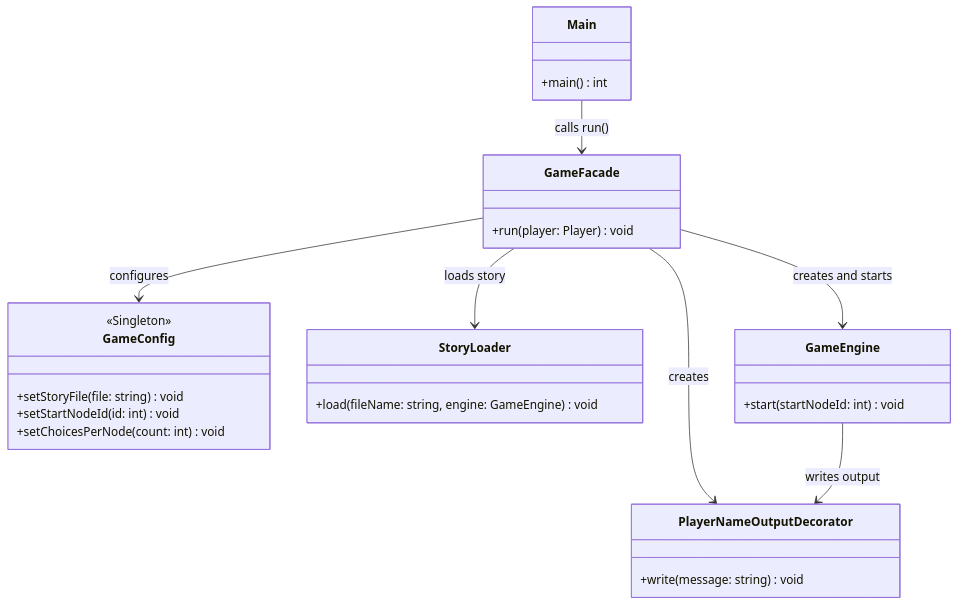
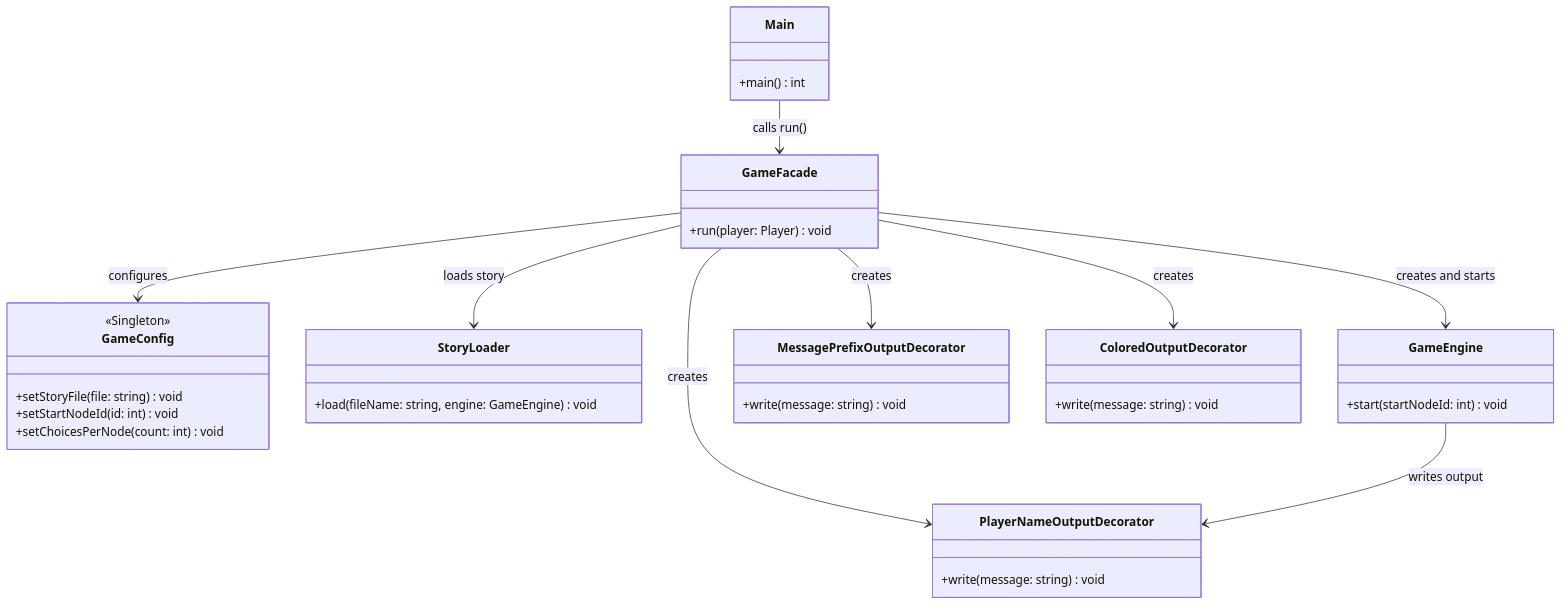
Before and after one commit to ValeriaPostica/TMPS: the fifth of 7 diagrams in lab2/REPORT.md, drawn with Mermaid. The commit also changed other lines of this file and 19 other files, not shown here.

````diff
--- a/lab2/REPORT.md
+++ b/lab2/REPORT.md
@@ -440,36 +534,46 @@
 ```mermaid
 classDiagram
     class Main {
         +main() int
     }
 
     class GameFacade {
         +run(player: Player) void
     }
 
     class GameConfig {
         <<Singleton>>
         +setStoryFile(file: string) void
         +setStartNodeId(id: int) void
         +setChoicesPerNode(count: int) void
     }
 
     class StoryLoader {
         +load(fileName: string, engine: GameEngine) void
     }
 
     class GameEngine {
         +start(startNodeId: int) void
     }
 
     class PlayerNameOutputDecorator {
         +write(message: string) void
     }
 
+    class MessagePrefixOutputDecorator {
+        +write(message: string) void
+    }
+
+    class ColoredOutputDecorator {
+        +write(message: string) void
+    }
+
     Main --> GameFacade : calls run()
     GameFacade --> GameConfig : configures
     GameFacade --> StoryLoader : loads story
     GameFacade --> GameEngine : creates and starts
     GameFacade --> PlayerNameOutputDecorator : creates
+    GameFacade --> MessagePrefixOutputDecorator : creates
+    GameFacade --> ColoredOutputDecorator : creates
     GameEngine --> PlayerNameOutputDecorator : writes output
 ```
````
